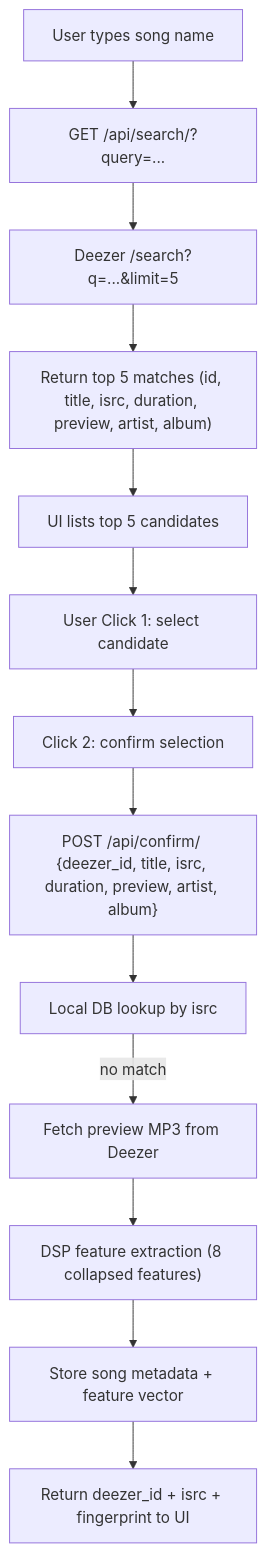
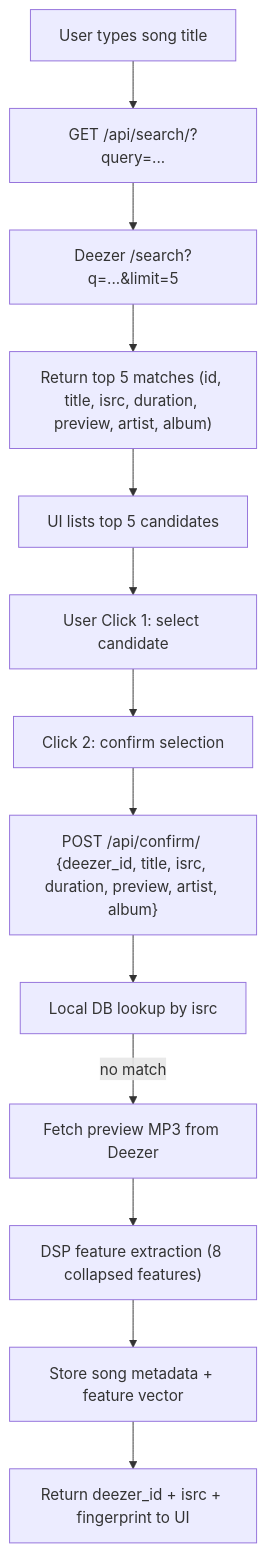
Before and after one commit to AhmedAl-Hayali/AgenticGenreGuru: the first of 2 diagrams in docs/001-song-fingerprint-engine/api_flow.md, drawn with Mermaid. The commit also changed other lines of this file and 3 other files, not shown here.

Commit message:
docs(specs): rename instances of song name to song title for consistency

````diff
--- a/docs/001-song-fingerprint-engine/api_flow.md
+++ b/docs/001-song-fingerprint-engine/api_flow.md
@@ -27,15 +27,15 @@
 ```mermaid
 flowchart TD
-    U["User types song name"] --> A["GET /api/search/?query=..."]
+    U["User types song title"] --> A["GET /api/search/?query=..."]
     A --> D["Deezer /search?q=...&limit=5"]
     D --> A2["Return top 5 matches (id, title, isrc, duration, preview, artist, album)"]
     A2 --> UI["UI lists top 5 candidates"]
     UI --> C["User Click 1: select candidate"]
     C --> C2["Click 2: confirm selection"]
     C2 --> POST["POST /api/confirm/ {deezer_id, title, isrc, duration, preview, artist, album}"]
     POST --> LOC["Local DB lookup by isrc"]
     LOC -->|"no match"| FETCH["Fetch preview MP3 from Deezer"]
     FETCH --> DSP["DSP feature extraction (8 collapsed features)"]
     DSP --> DB["Store song metadata + feature vector"]
     DB --> RETURN["Return deezer_id + isrc + fingerprint to UI"]
 ```
````
